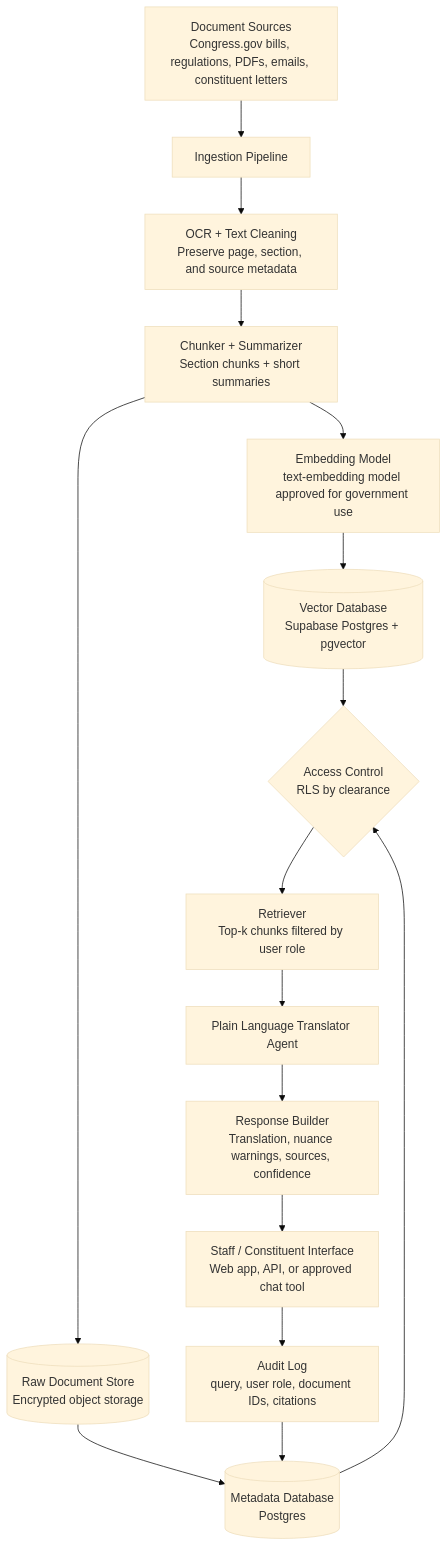
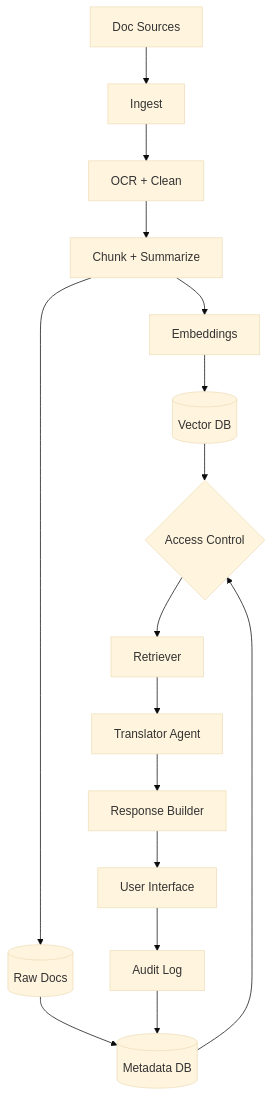
Before and after one commit to pcn287/Data-science-and-AI-for-system-engineering-SYSEN5381: the diagram in assignment_module11/lab/architecture.md, drawn with Mermaid (base theme). The commit also changed 1 other file, not shown here.

````diff
--- a/assignment_module11/lab/architecture.md
+++ b/assignment_module11/lab/architecture.md
@@ -5,18 +5,18 @@
 ```mermaid
 flowchart TD
-    A[Document Sources<br>Congress.gov bills, regulations, PDFs, emails, constituent letters] --> B[Ingestion Pipeline]
-    B --> C[OCR + Text Cleaning<br>Preserve page, section, and source metadata]
-    C --> D[Chunker + Summarizer<br>Section chunks + short summaries]
-    D --> E[Embedding Model<br>text-embedding model approved for government use]
-    D --> F[(Raw Document Store<br>Encrypted object storage)]
-    E --> G[(Vector Database<br>Supabase Postgres + pgvector)]
-    F --> H[(Metadata Database<br>Postgres)]
-    G --> I{Access Control<br>RLS by clearance}
+    A[Doc Sources] --> B[Ingest]
+    B --> C[OCR + Clean]
+    C --> D[Chunk + Summarize]
+    D --> E[Embeddings]
+    D --> F[(Raw Docs)]
+    E --> G[(Vector DB)]
+    F --> H[(Metadata DB)]
+    G --> I{Access Control}
     H --> I
-    I --> J[Retriever<br>Top-k chunks filtered by user role]
-    J --> K[Plain Language Translator Agent]
-    K --> L[Response Builder<br>Translation, nuance warnings, sources, confidence]
-    L --> M[Staff / Constituent Interface<br>Web app, API, or approved chat tool]
-    N[Audit Log<br>query, user role, document IDs, citations] --> H
+    I --> J[Retriever]
+    J --> K[Translator Agent]
+    K --> L[Response Builder]
+    L --> M[User Interface]
+    N[Audit Log] --> H
     M --> N
 ```
````
